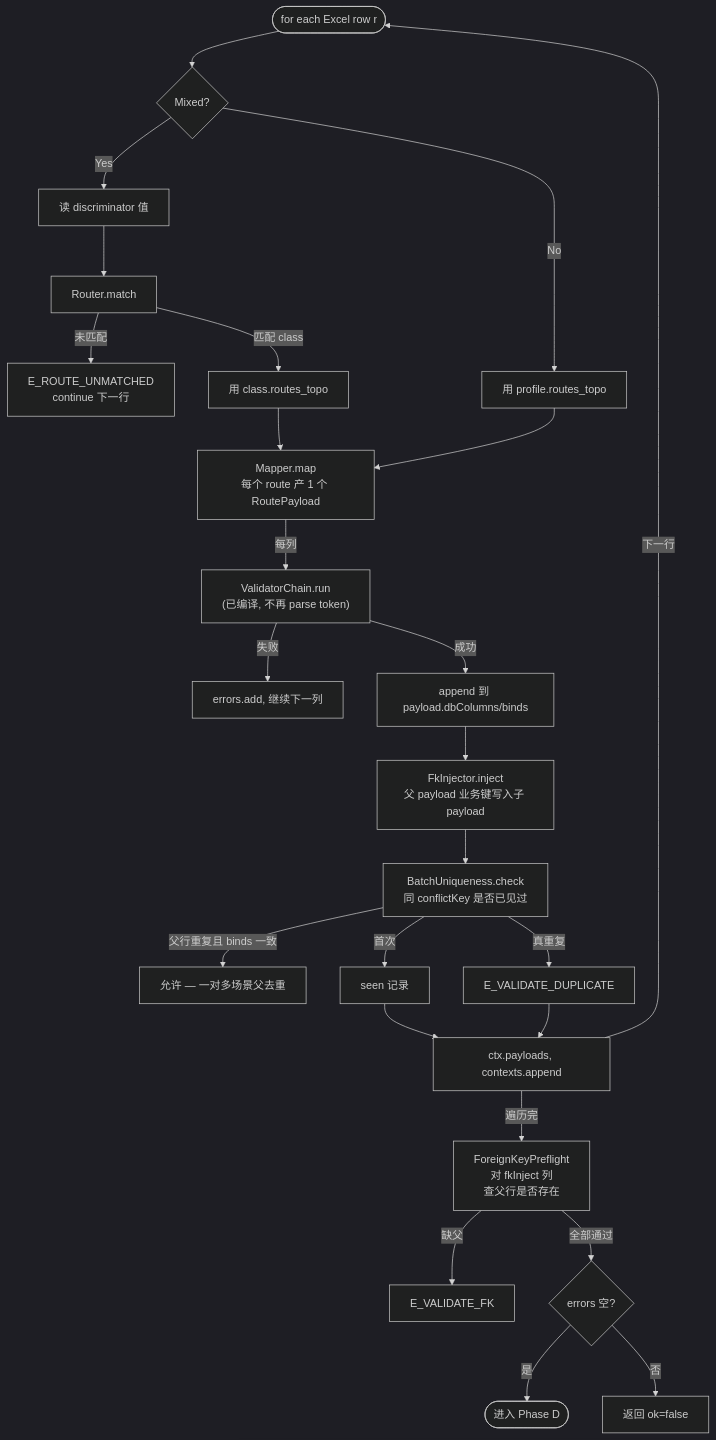
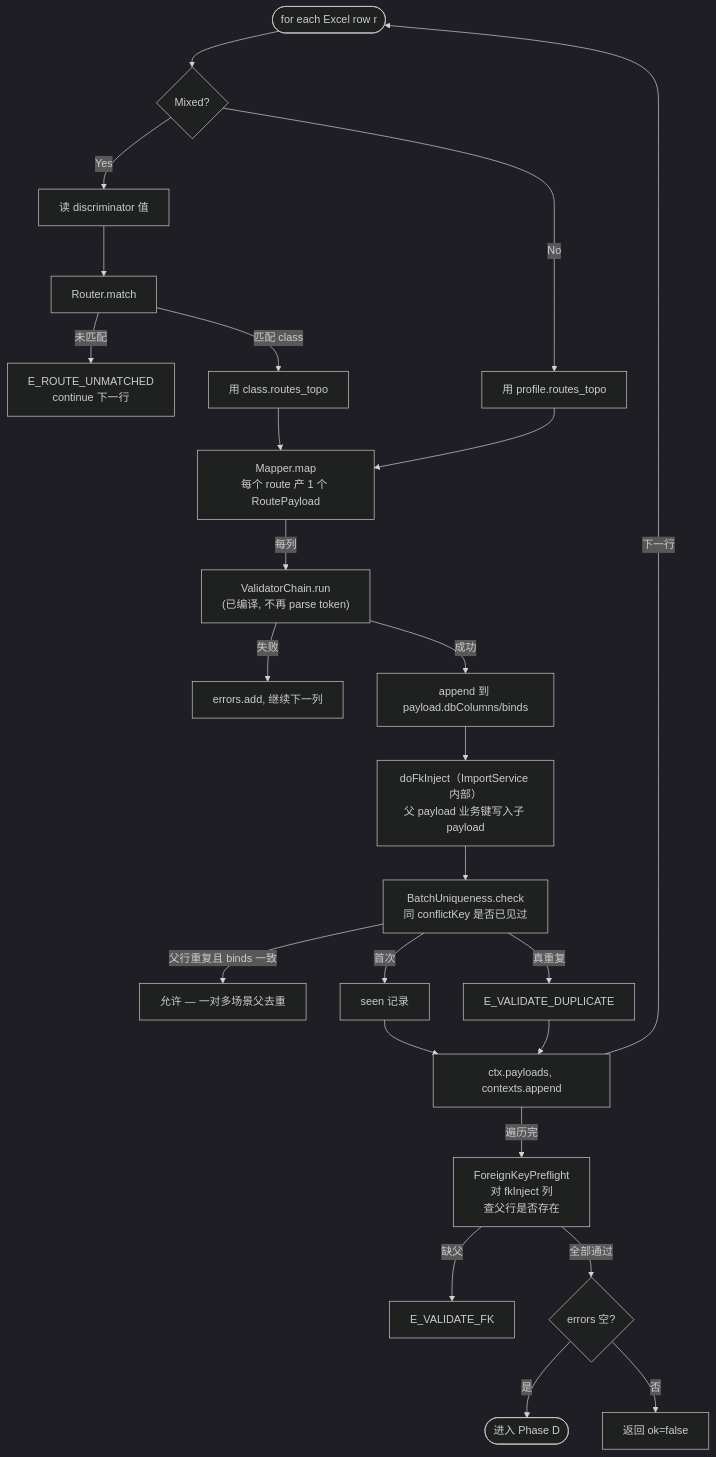
Before and after one commit to 055liufl/excelproject: diagram 13 of 21 in README.md, drawn with Mermaid (dark theme). The commit also changed other lines of this file, not shown here.

First line of the commit message:
docs(README): fix FkInjector inaccuracy and Phase D loop nesting

````diff
--- a/README.md
+++ b/README.md
@@ -645,32 +650,32 @@
 ```mermaid
 flowchart TB
     s([for each Excel row r])
     s --> mode{Mixed?}
     mode -->|Yes| disc[读 discriminator 值]
     disc --> match[Router.match]
     match -->|未匹配| eRoute[E_ROUTE_UNMATCHED<br/>continue 下一行]
     match -->|匹配 class| pickR[用 class.routes_topo]
     mode -->|No| useR[用 profile.routes_topo]
 
     pickR --> map[Mapper.map<br/>每个 route 产 1 个 RoutePayload]
     useR --> map
 
     map -->|每列| valChain["ValidatorChain.run<br/>(已编译, 不再 parse token)"]
     valChain -->|失败| eVal[errors.add, 继续下一列]
     valChain -->|成功| putP[append 到 payload.dbColumns/binds]
 
-    putP --> fk[FkInjector.inject<br/>父 payload 业务键写入子 payload]
+    putP --> fk[doFkInject（ImportService 内部）<br/>父 payload 业务键写入子 payload]
     fk --> uniq[BatchUniqueness.check<br/>同 conflictKey 是否已见过]
     uniq -->|父行重复且 binds 一致| skip[允许 — 一对多场景父去重]
     uniq -->|真重复| eDup[E_VALIDATE_DUPLICATE]
     uniq -->|首次| save[seen 记录]
 
     save --> next[ctx.payloads, contexts.append]
     eDup --> next
     next -->|下一行| s
     next -->|遍历完| fkP[ForeignKeyPreflight<br/>对 fkInject 列<br/>查父行是否存在]
     fkP -->|缺父| eFK[E_VALIDATE_FK]
     fkP -->|全部通过| check{errors 空?}
     check -->|是| phaseD([进入 Phase D])
     check -->|否| ret[返回 ok=false]
 ```
````
